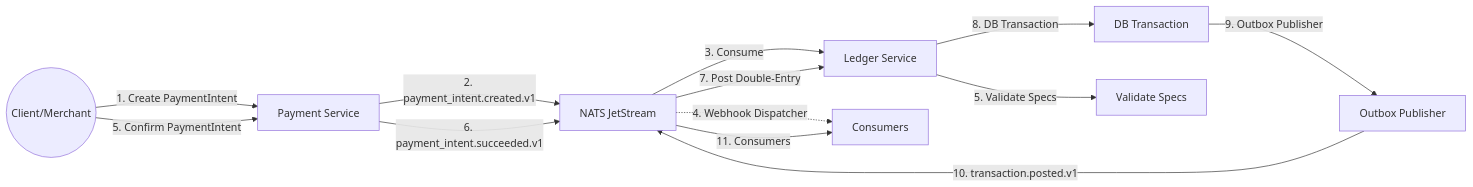
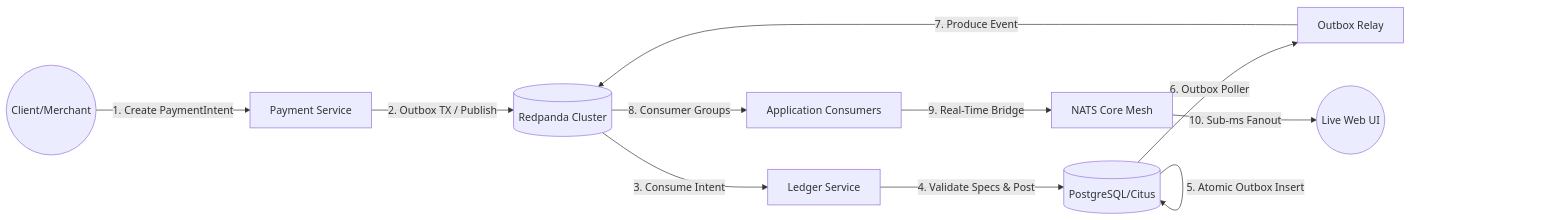
Before and after one commit to kadekutama/go-template: the second of 3 diagrams in docs/domain-events.md, drawn with Mermaid. The commit also changed other lines of this file and 48 other files, not shown here.

First line of the commit message:
feat(arch): distributed architecture evolution & hybrid migration planning

````diff
--- a/docs/domain-events.md
+++ b/docs/domain-events.md
@@ -884,23 +873,23 @@
 ```mermaid
 flowchart LR
     Client((Client/Merchant))
     Payment[Payment Service]
-    NATS[NATS JetStream]
+    Redpanda[(Redpanda Cluster)]
+    NATSEdge[NATS Core Mesh]
     Ledger[Ledger Service]
-    DB[DB Transaction]
-    Outbox[Outbox Publisher]
-    Consumers[Consumers]
+    DB[(PostgreSQL/Citus)]
+    Outbox[Outbox Relay]
+    Consumers[Application Consumers]
+    WSClient((Live Web UI))
 
     Client -->|1. Create PaymentIntent| Payment
-    Payment -->|2. payment_intent.created.v1| NATS
-    NATS -->|3. Consume| Ledger
-    NATS -.->|4. Webhook Dispatcher| Consumers
-    Ledger -->|5. Validate Specs| Validate[Validate Specs]
-    Client -->|5. Confirm PaymentIntent| Payment
-    Payment -->|6. payment_intent.succeeded.v1| NATS
-    NATS -->|7. Post Double-Entry| Ledger
-    Ledger -->|8. DB Transaction| DB
-    DB -->|9. Outbox Publisher| Outbox
-    Outbox -->|10. transaction.posted.v1| NATS
-    NATS -->|11. Consumers| Consumers
+    Payment -->|2. Outbox TX / Publish| Redpanda
+    Redpanda -->|3. Consume Intent| Ledger
+    Ledger -->|4. Validate Specs & Post| DB
+    DB -->|5. Atomic Outbox Insert| DB
+    DB -->|6. Outbox Poller| Outbox
+    Outbox -->|7. Produce Event| Redpanda
+    Redpanda -->|8. Consumer Groups| Consumers
+    Consumers -->|9. Real-Time Bridge| NATSEdge
+    NATSEdge -->|10. Sub-ms Fanout| WSClient
 ```
````
